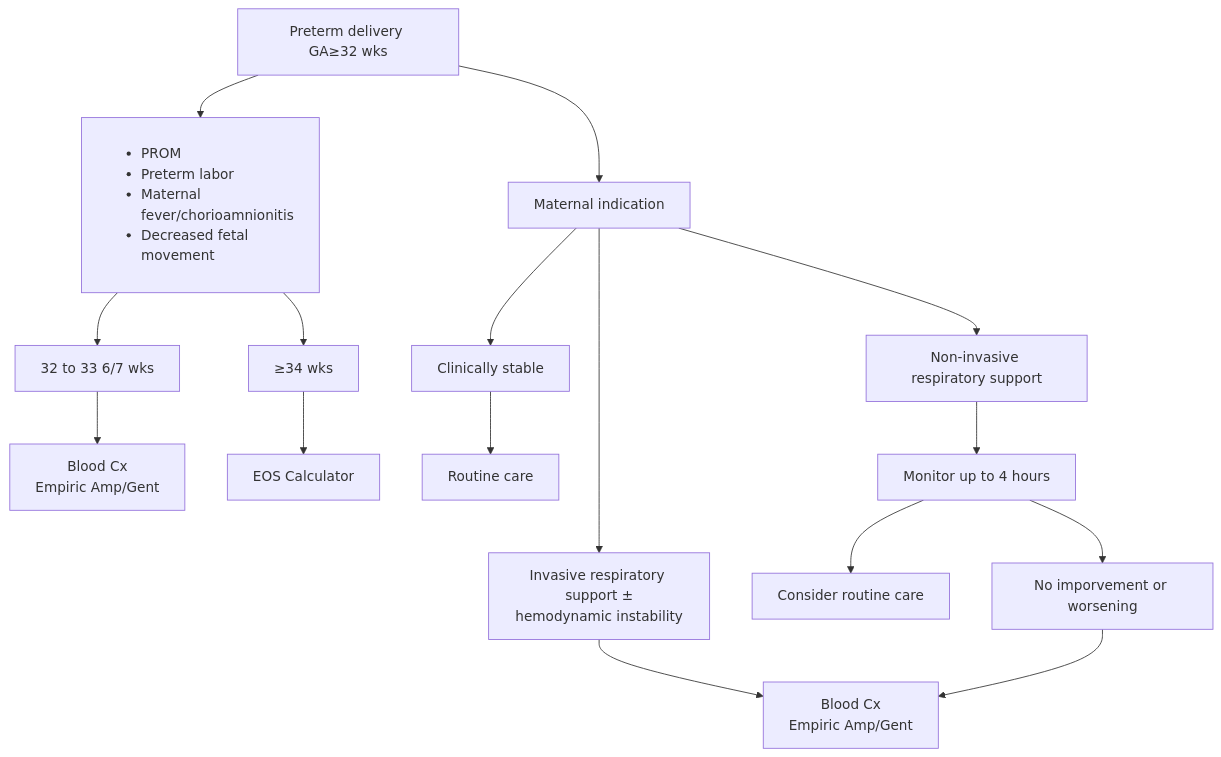
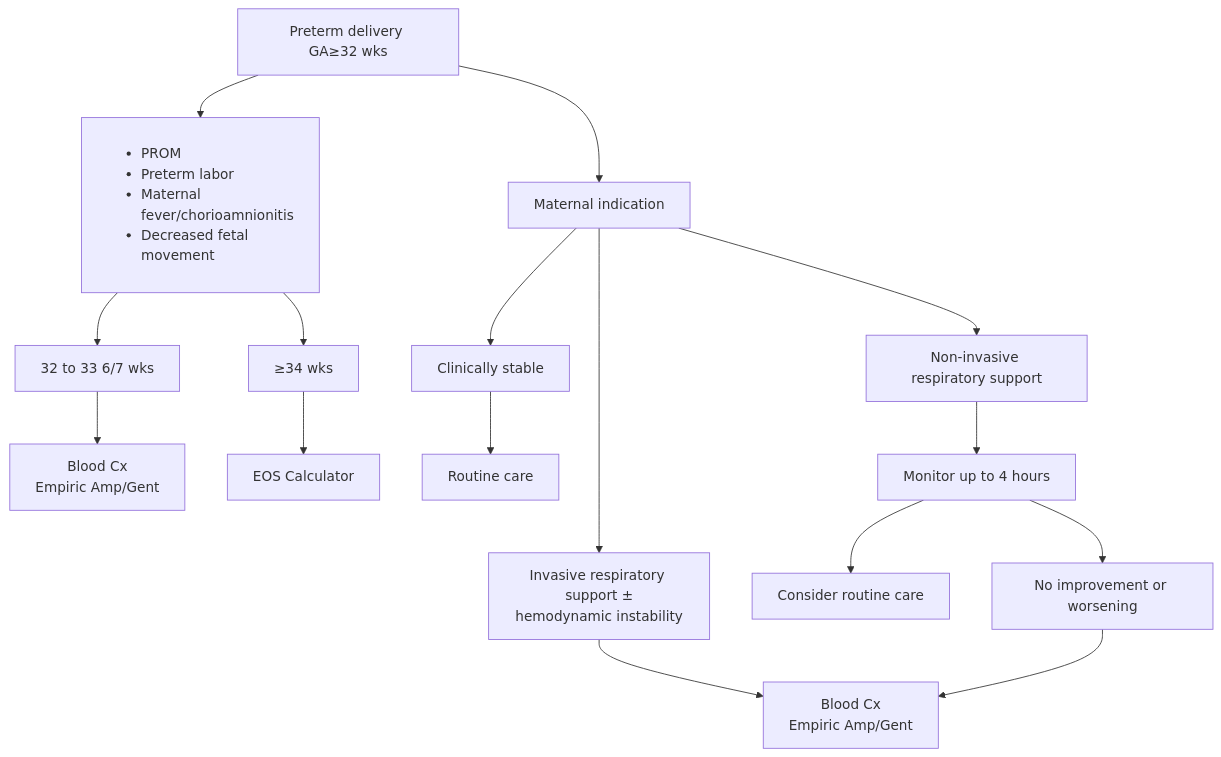
The diagram in infectious-disease.qmd (fschou-pxt/RMC-NICU-Manual), drawn with Mermaid before and after one commit. The commit also changed other lines of this file and 25 other files, not shown here.

````diff
--- a/infectious-disease.qmd
+++ b/infectious-disease.qmd
@@ -145,20 +145,20 @@
 ```{mermaid}
 flowchart TD
   A["Preterm delivery GA≥32 wks"] --> B["<ul><li>PROM</li><li>Preterm labor</li><li>Maternal fever/chorioamnionitis</li><li>Decreased fetal movement</li></ul>"]
   B --> C["32 to 33 6/7 wks"]
   B --> D["&ge;34 wks"]
   C --> E["Blood Cx<br/>Empiric Amp/Gent"]
   D --> F["EOS Calculator"]
   A --> G["Maternal indication"]
   G --> H["Clinically stable"]
   G --> I["Non-invasive respiratory support"]
   G --> J["Invasive respiratory support ±<br/>hemodynamic instability"]
   H --> K["Routine care"]
   I --> L["Monitor up to 4 hours"]
   L --> M["Consider routine care"]
-  L --> N["No imporvement or worsening"]
+  L --> N["No improvement or worsening"]
   J --> O["Blood Cx<br/>Empiric Amp/Gent"]
   N --> O["Blood Cx<br/>Empiric Amp/Gent"]
   
 style B text-align:left
 ```
````
